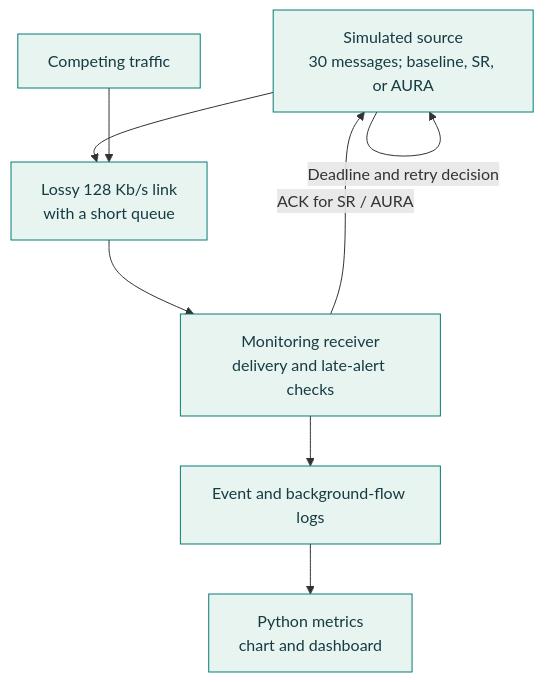
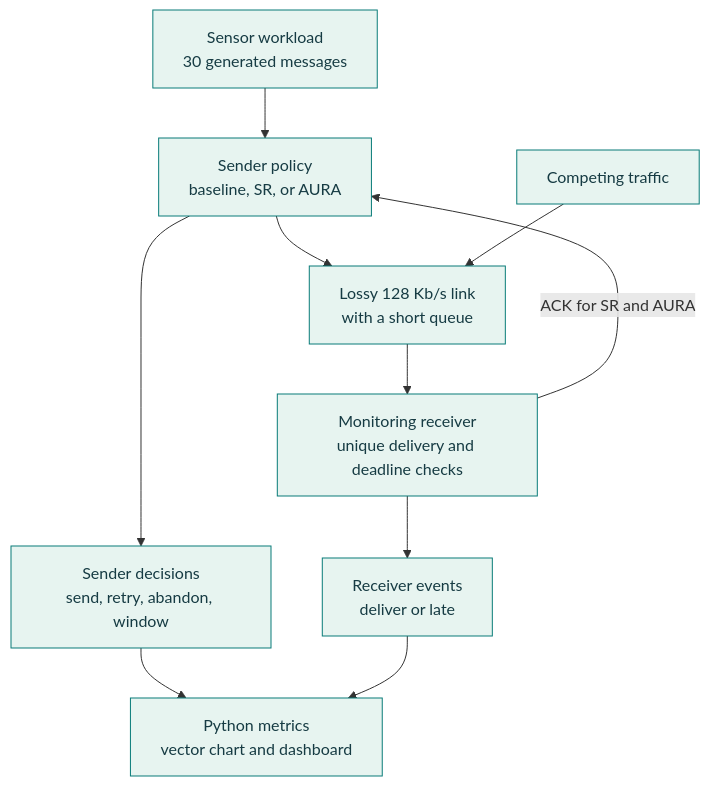
Before and after one commit to purvi126/AURA-UDP: the first of 2 diagrams in README.md, drawn with Mermaid.

Commit message:
docs: clarify the NS2 sender and ACK flow

````diff
--- a/README.md
+++ b/README.md
@@ -17,9 +17,12 @@
 ```mermaid
 flowchart TB
-  N1["Simulated source<br/>30 messages; baseline, SR, or AURA"] --> N2["Lossy 128 Kb/s link<br/>with a short queue"] --> N3["Monitoring receiver<br/>delivery and late-alert checks"] --> N4["Event and background-flow logs"] --> N5["Python metrics<br/>chart and dashboard"]
-  N3 -- "ACK for SR / AURA" --> N1
-  N1 -- "Deadline and retry decision" --> N1
+  N1["Sensor workload<br/>30 generated messages"] --> P["Sender policy<br/>baseline, SR, or AURA"] --> N2["Lossy 128 Kb/s link<br/>with a short queue"] --> N3["Monitoring receiver<br/>unique delivery and deadline checks"]
+  N3 -- "ACK for SR and AURA" --> P
+  P --> L["Sender decisions<br/>send, retry, abandon, window"]
+  N3 --> E["Receiver events<br/>deliver or late"]
+  L --> N5["Python metrics<br/>vector chart and dashboard"]
+  E --> N5
   B["Competing traffic"] --> N2
   classDef simulation fill:#e7f4f0,stroke:#087b78,color:#163b43
-  class N1,N2,N3,N4,N5,B simulation
+  class N1,P,N2,N3,L,E,N5,B simulation
 ```
````
